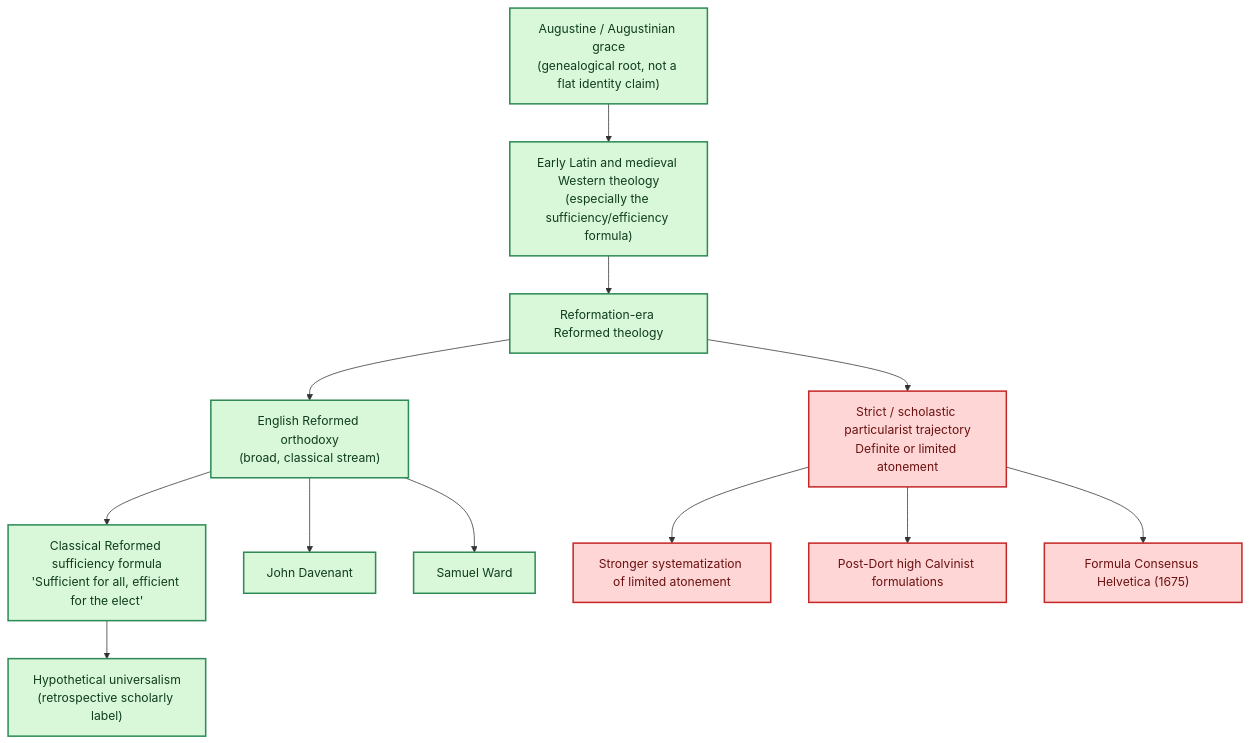
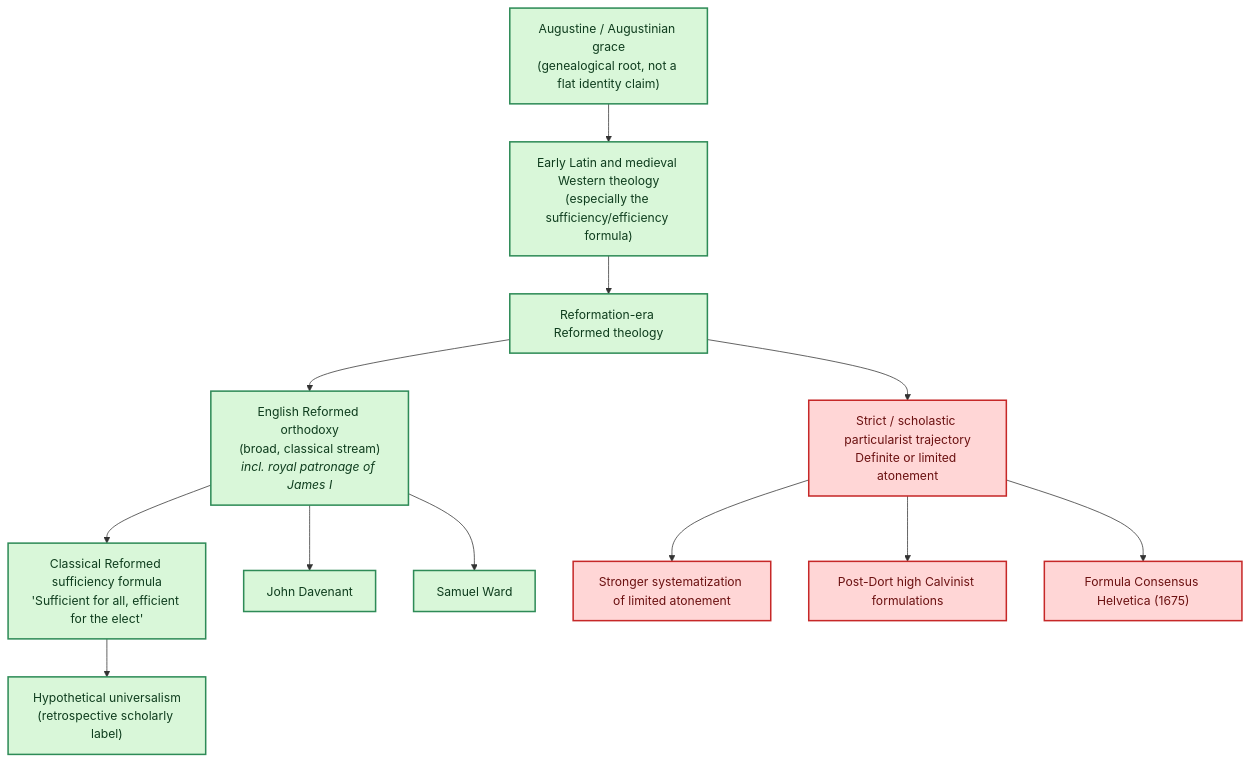
The diagram in _posts/2026-04-03-classical-reformed-atonement.markdown (OrdoLuminis/ordoluminis.github.io), drawn with Mermaid before and after one commit. The commit also changed other lines of this file, not shown here.

Commit message:
king james

````diff
--- a/_posts/2026-04-03-classical-reformed-atonement.markdown
+++ b/_posts/2026-04-03-classical-reformed-atonement.markdown
@@ -44,20 +44,20 @@
 ```mermaid
 flowchart TD
     A["Augustine / Augustinian grace<br/>(genealogical root, not a flat identity claim)"] --> B["Early Latin and medieval Western theology<br/>(especially the sufficiency/efficiency formula)"]
     B --> C["Reformation-era Reformed theology"]
-    C --> D["English Reformed orthodoxy<br/>(broad, classical stream)"]
+    C --> D["English Reformed orthodoxy<br/>(broad, classical stream)<br/><i>incl. royal patronage of James I</i>"]
     C --> E["Strict / scholastic particularist trajectory<br/>Definite or limited atonement"]
     D --> F["Classical Reformed sufficiency formula<br/>'Sufficient for all, efficient for the elect'"]
     D --> G["John Davenant"]
     D --> H["Samuel Ward"]
     F --> I["Hypothetical universalism<br/>(retrospective scholarly label)"]
     E --> J["Stronger systematization of limited atonement"]
     E --> K["Post-Dort high Calvinist formulations"]
     E --> L["Formula Consensus Helvetica (1675)"]
     classDef safe fill:#d9f7d9,stroke:#2e8b57,stroke-width:2px,color:#0f3d1e;
     classDef corrupt fill:#ffd6d6,stroke:#c62828,stroke-width:2px,color:#6b1111;
     classDef neutral fill:#eef2f7,stroke:#64748b,stroke-width:1.5px,color:#1f2937;
     classDef label fill:#fff3cd,stroke:#b08900,stroke-width:1.5px,color:#5c4500;
     class A,B,C,D,F,G,H,I safe;
     class E,J,K,L corrupt;
 ```
````
